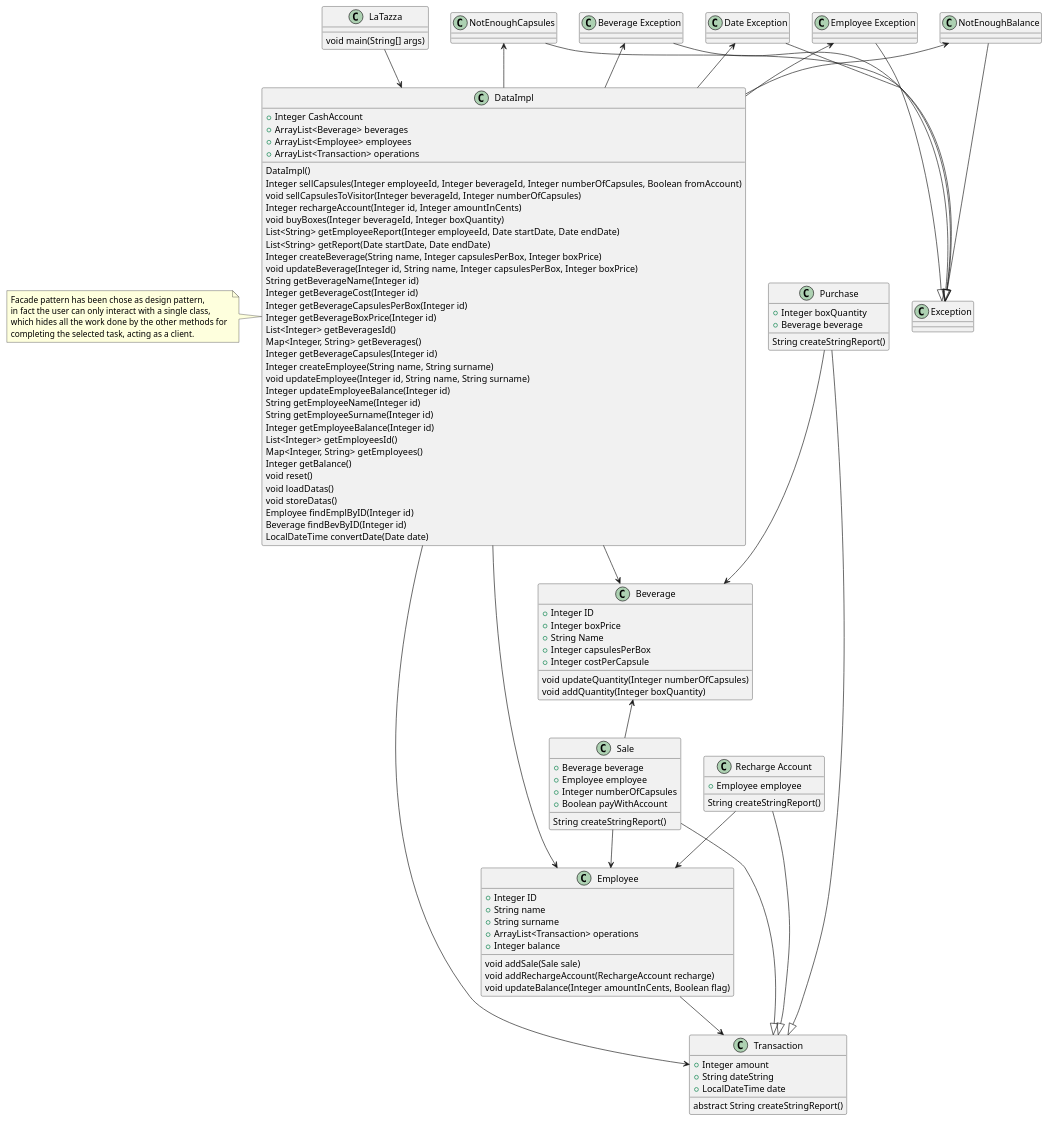
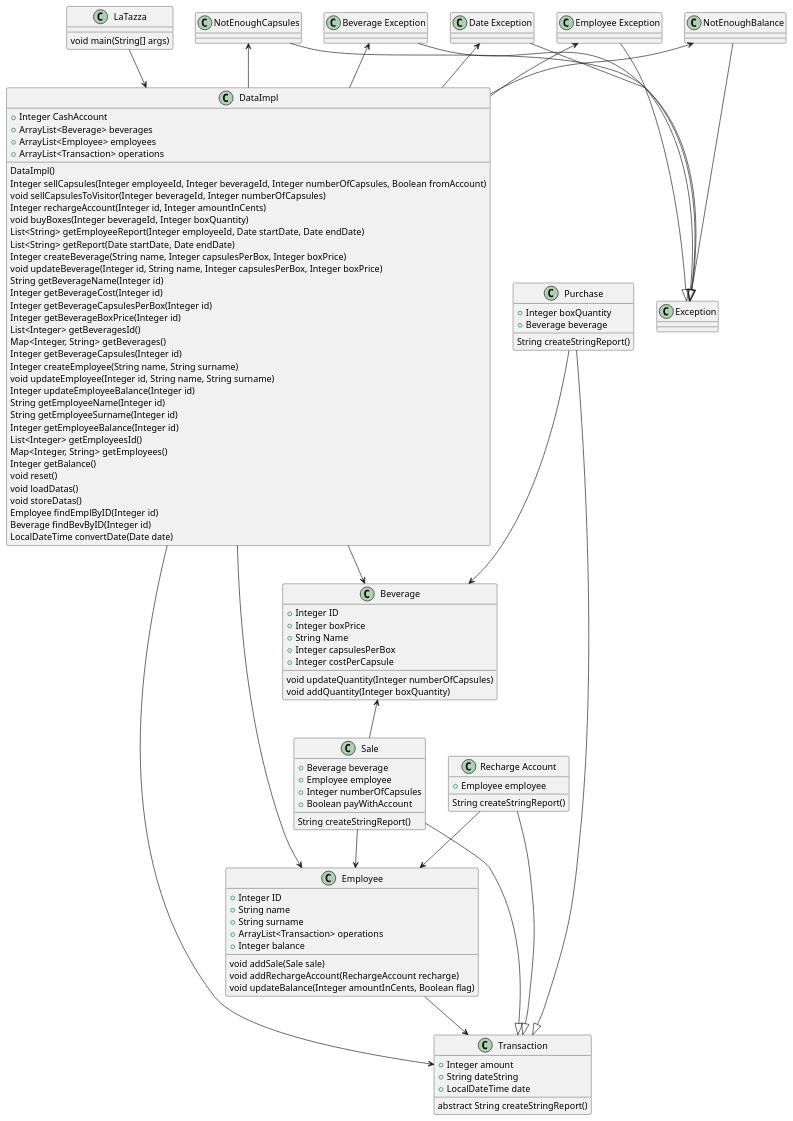
Before and after one commit to DarkSee/LaTazza: the third of 6 diagrams in templates/DesignDocumentTemplate.md, drawn with PlantUML.

Commit message:
Update note class diagram

````diff
--- a/templates/DesignDocumentTemplate.md
+++ b/templates/DesignDocumentTemplate.md
@@ -108,12 +108,7 @@
 Beverage findBevByID(Integer id)
 LocalDateTime convertDate(Date date)
 }
-note left
-        Facade pattern has been chose as design pattern,
-        in fact the user can only interact with a single class,
-        which hides all the work done by the other methods for 
-        completing the selected task, acting as a client.
-end note
+
 
 class "Employee" as E {
 +Integer ID
@@ -215,4 +210,5 @@
 EEx <-- DI
 NEBEx <-- DI
 NECEx <-- DI
+
 ```
````
